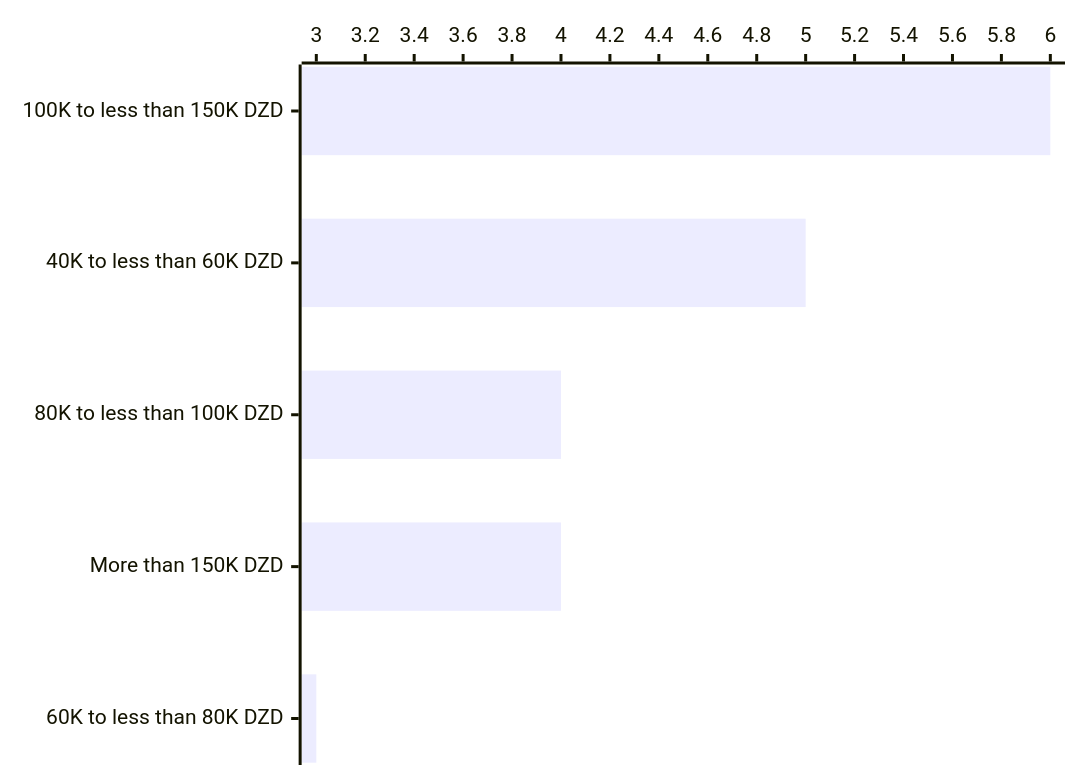
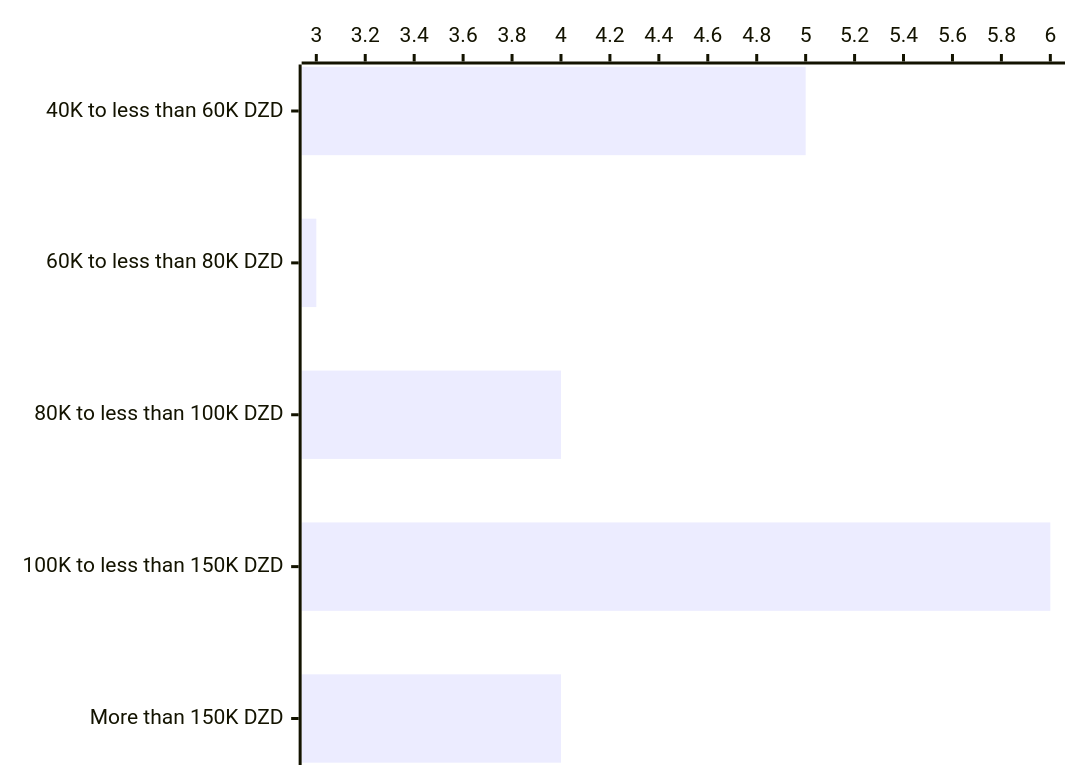
Before and after one commit to Fcmam5/state-of-dz-swe-2024: the seventh of 10 diagrams in website/docs/insights/remuneration.md, drawn with Mermaid. The commit also changed other lines of this file and 9 other files, not shown here.

````diff
--- a/website/docs/insights/remuneration.md
+++ b/website/docs/insights/remuneration.md
@@ -147,5 +146,5 @@
 ```mermaid
 xychart-beta horizontal
-  x-axis ["100K to less than 150K DZD","40K to less than 60K DZD","80K to less than 100K DZD","More than 150K DZD","60K to less than 80K DZD"]
-  bar [6,5,4,4,3]
+  x-axis ["40K to less than 60K DZD","60K to less than 80K DZD","80K to less than 100K DZD","100K to less than 150K DZD","More than 150K DZD"]
+  bar [5,3,4,6,4]
 ```
````
